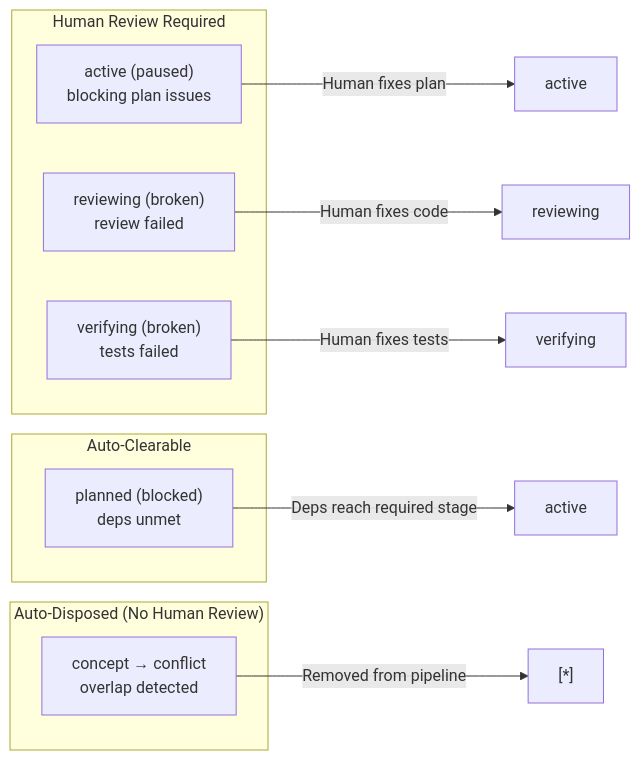
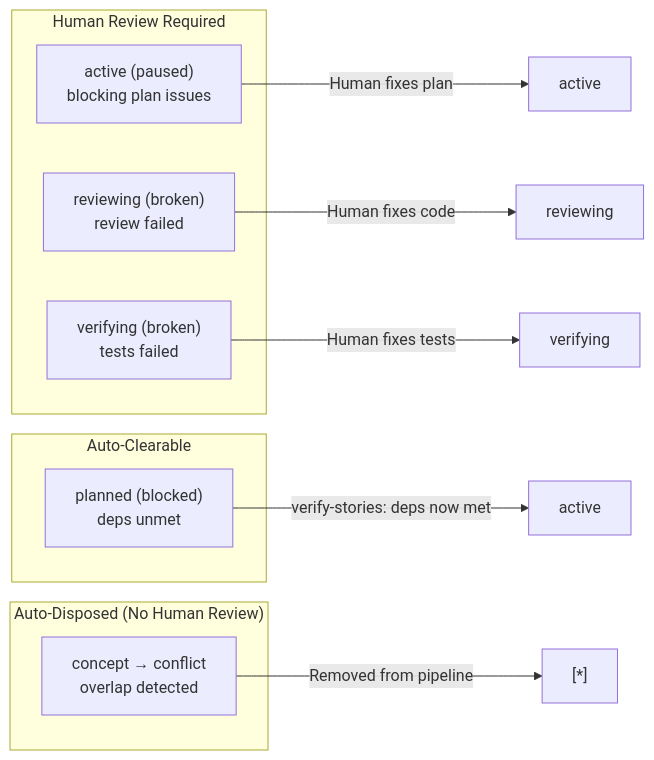
Before and after one commit to Mharbulous/SyncoPaid: the third of 4 diagrams in .claude/skills/story-tree/references/orchestrator-workflow-complete.md, drawn with Mermaid. The commit also changed other lines of this file and 1 other file, not shown here.

First line of the commit message:
fix(workflow): correct blocked→active transition via verify-stories

````diff
--- a/.claude/skills/story-tree/references/orchestrator-workflow-complete.md
+++ b/.claude/skills/story-tree/references/orchestrator-workflow-complete.md
@@ -265,23 +266,23 @@
 ```mermaid
 flowchart LR
     subgraph "Human Review Required"
         H2["active (paused)<br/>blocking plan issues"]
         H3["reviewing (broken)<br/>review failed"]
         H4["verifying (broken)<br/>tests failed"]
     end
 
     subgraph "Auto-Clearable"
         A1["planned (blocked)<br/>deps unmet"]
     end
 
     subgraph "Auto-Disposed (No Human Review)"
         C1["concept → conflict<br/>overlap detected"]
     end
 
     H2 -->|"Human fixes plan"| H2_CLEAR["active"]
     H3 -->|"Human fixes code"| H3_CLEAR["reviewing"]
     H4 -->|"Human fixes tests"| H4_CLEAR["verifying"]
 
-    A1 -->|"Deps reach required stage"| A1_CLEAR["active"]
+    A1 -->|"verify-stories: deps now met"| A1_CLEAR["active"]
     C1 -->|"Removed from pipeline"| C1_END["[*]"]
 ```
````
